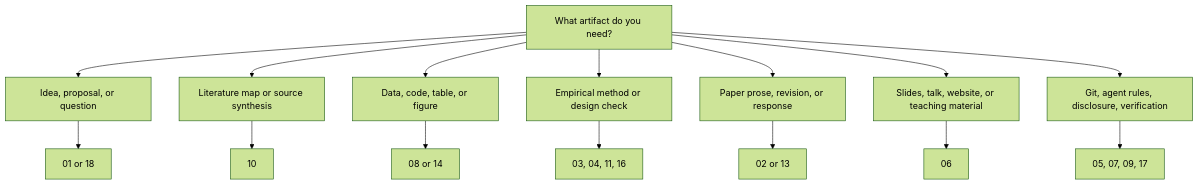
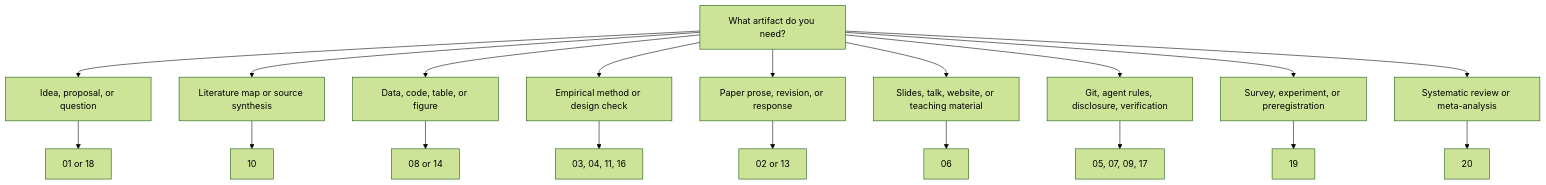
Before and after one commit to SuperJayLiu/AI-for-Economics-and-Finance-Research: the second of 3 diagrams in 02-Copy-and-Use-AI-Research-Instructions-and-Templates/README.md, drawn with Mermaid (forest theme). The commit also changed other lines of this file and 20 other files, not shown here.

````diff
--- a/02-Copy-and-Use-AI-Research-Instructions-and-Templates/README.md
+++ b/02-Copy-and-Use-AI-Research-Instructions-and-Templates/README.md
@@ -106,24 +108,30 @@
 ```mermaid
 flowchart TD
   T["What artifact do you need?"] --> I["Idea, proposal, or question"]
   T --> L["Literature map or source synthesis"]
   T --> D["Data, code, table, or figure"]
   T --> M["Empirical method or design check"]
   T --> W["Paper prose, revision, or response"]
   T --> S["Slides, talk, website, or teaching material"]
   T --> G["Git, agent rules, disclosure, verification"]
+  T --> X["Survey, experiment, or preregistration"]
+  T --> R["Systematic review or meta-analysis"]
   I --> F1["01 or 18"]
   L --> F2["10"]
   D --> F3["08 or 14"]
   M --> F4["03, 04, 11, 16"]
   W --> F5["02 or 13"]
   S --> F6["06"]
   G --> F7["05, 07, 09, 17"]
+  X --> F8["19"]
+  R --> F9["20"]
   click F1 "01-ideas-brainstorming-proposal-and-literature-skills.md" "Open idea/proposal skills"
   click F2 "10-literature-review-and-source-synthesis-skills.md" "Open literature skills"
   click F3 "14-data-cleaning-merging-analysis-and-output-skills.md" "Open data/output skills"
   click F4 "11-causal-inference-econometrics-and-time-series-skills.md" "Open econometrics skills"
   click F5 "02-paper-drafting-revision-and-citation-skills.md" "Open writing skills"
   click F6 "06-presentations-slides-websites-and-talk-practice-skills.md" "Open presentation skills"
   click F7 "05-git-data-replication-and-research-safety-templates.md" "Open safety templates"
+  click F8 "19-survey-experiment-and-preregistration-skills.md" "Open survey/experiment skills"
+  click F9 "20-systematic-review-and-meta-analysis-skills.md" "Open systematic-review skills"
 ```
````
